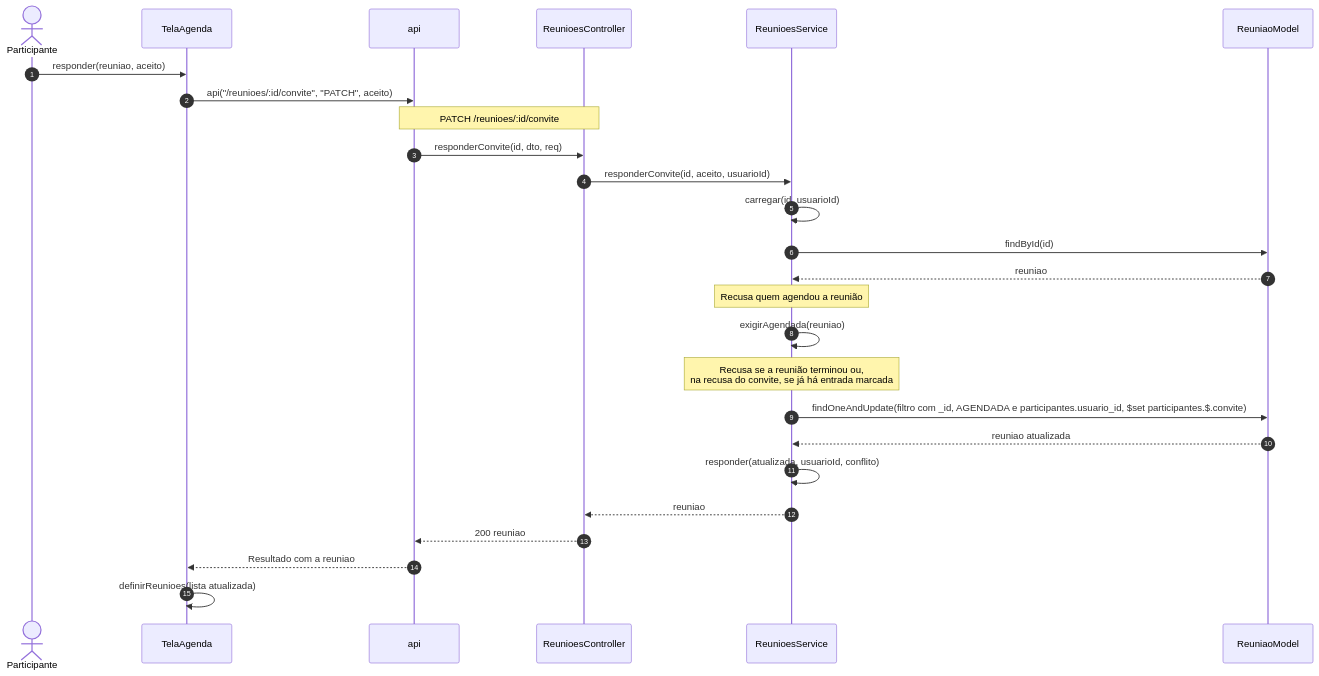
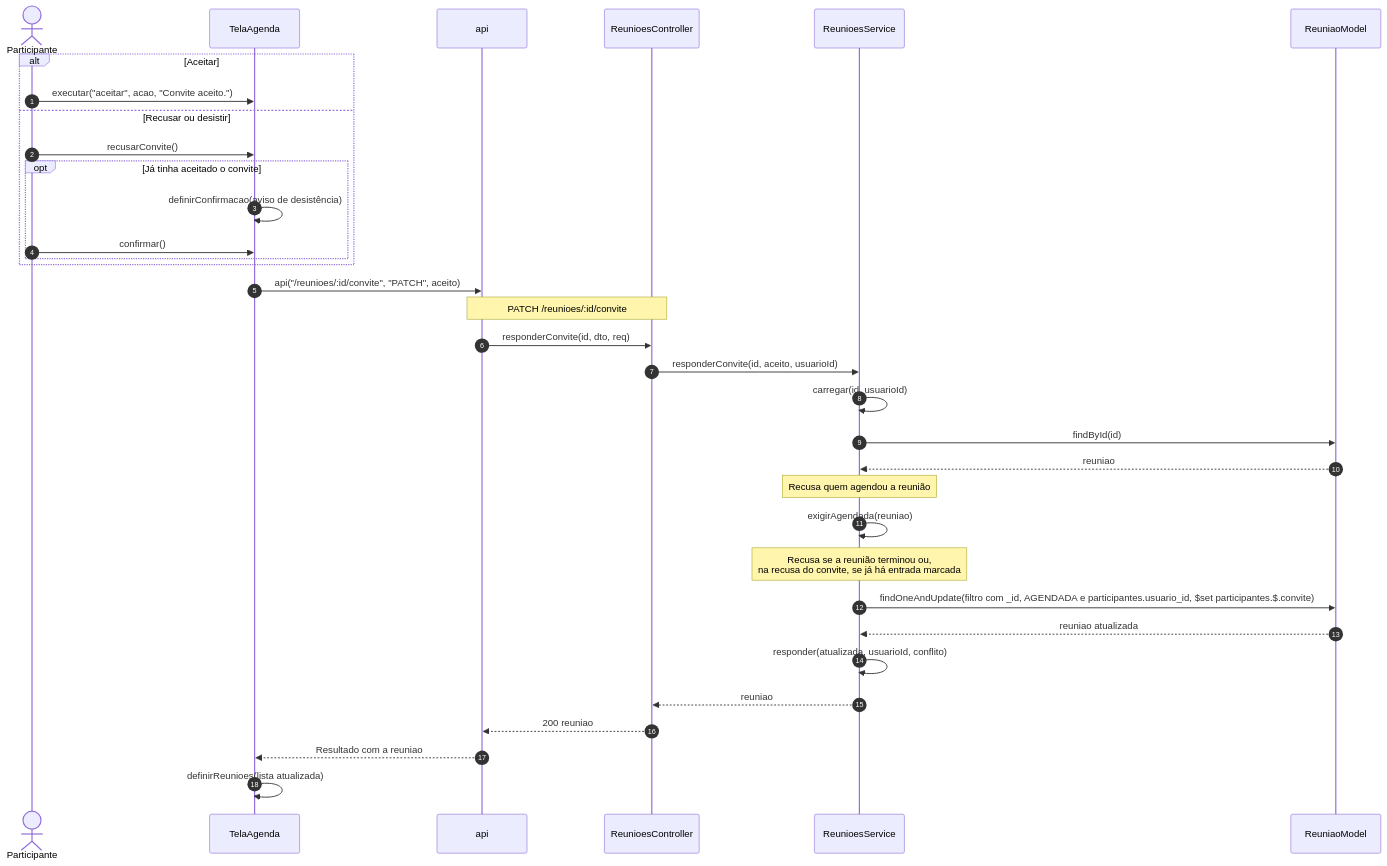
The fifth of 13 diagrams in 3 - Incremento2/reunioes/6 - diagramas-sequencia-reunioes.md (Conecta-IFSP/DOCUMENTATION), drawn with Mermaid before and after one commit. The commit also changed other lines of this file and 11 other files, not shown here.

Commit message:
Desistir do convite e presença com biometria

````diff
--- a/3 - Incremento2/reunioes/6 - diagramas-sequencia-reunioes.md
+++ b/3 - Incremento2/reunioes/6 - diagramas-sequencia-reunioes.md
@@ -148,28 +148,36 @@
 ```mermaid
 sequenceDiagram
     autonumber
     actor U as Participante
     participant T as TelaAgenda
     participant A as api
     participant C as ReunioesController
     participant S as ReunioesService
     participant M as ReuniaoModel
-    U->>T: responder(reuniao, aceito)
+    alt Aceitar
+        U->>T: executar("aceitar", acao, "Convite aceito.")
+    else Recusar ou desistir
+        U->>T: recusarConvite()
+        opt Já tinha aceitado o convite
+            T->>T: definirConfirmacao(aviso de desistência)
+            U->>T: confirmar()
+        end
+    end
     T->>A: api("/reunioes/:id/convite", "PATCH", aceito)
     Note over A,C: PATCH /reunioes/:id/convite
     A->>C: responderConvite(id, dto, req)
     C->>S: responderConvite(id, aceito, usuarioId)
     S->>S: carregar(id, usuarioId)
     S->>M: findById(id)
     M-->>S: reuniao
     Note over S: Recusa quem agendou a reunião
     S->>S: exigirAgendada(reuniao)
     Note over S: Recusa se a reunião terminou ou,<br/>na recusa do convite, se já há entrada marcada
     S->>M: findOneAndUpdate(filtro com _id, AGENDADA e participantes.usuario_id, $set participantes.$.convite)
     M-->>S: reuniao atualizada
     S->>S: responder(atualizada, usuarioId, conflito)
     S-->>C: reuniao
     C-->>A: 200 reuniao
     A-->>T: Resultado com a reuniao
     T->>T: definirReunioes(lista atualizada)
 ```
````
